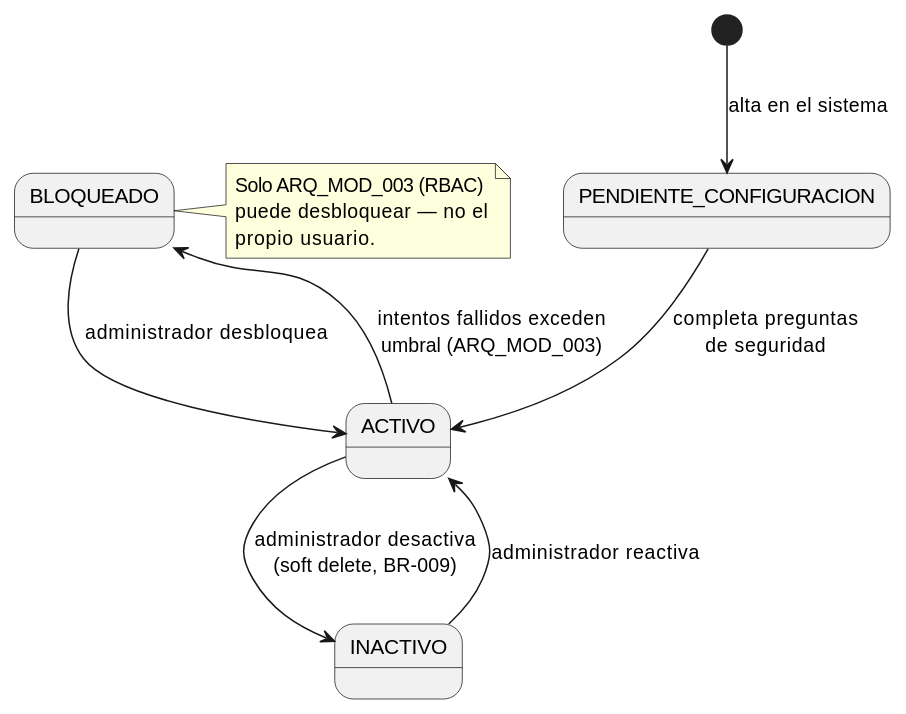
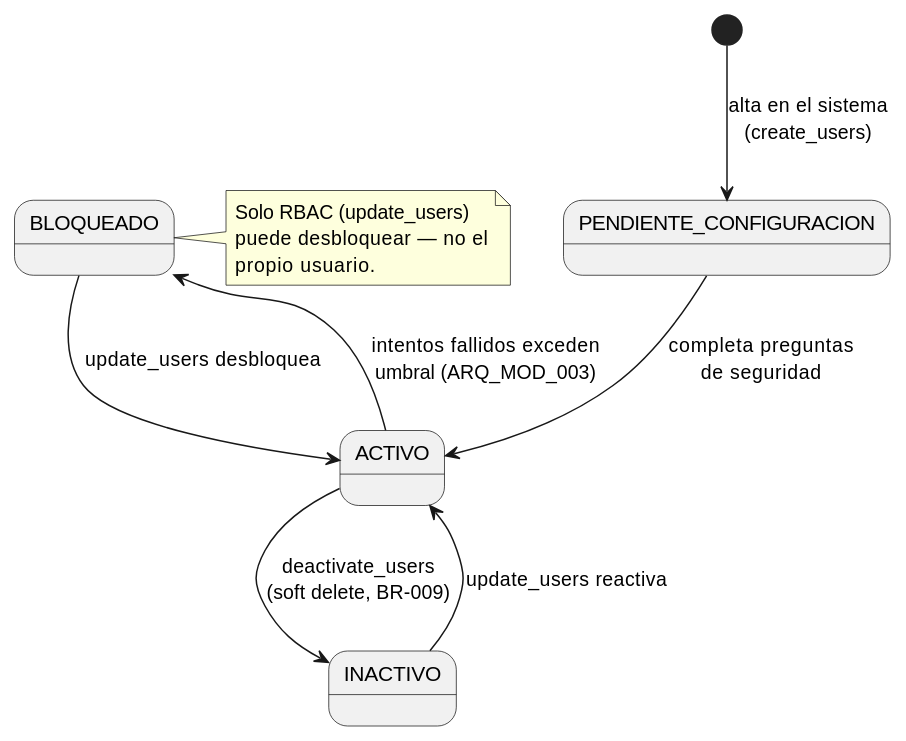
The first of 3 diagrams in source/arquitectura-tecnica/modulos/user-identity/diagramas.rst (jcg-admin/IACT-docs), drawn with PlantUML before and after one commit. The commit also changed other lines of this file and 3 other files, not shown here.

```diff
--- a/source/arquitectura-tecnica/modulos/user-identity/diagramas.rst
+++ b/source/arquitectura-tecnica/modulos/user-identity/diagramas.rst
@@ -11,22 +11,22 @@
 .. uml::
  :caption: Ciclo de vida del usuario — estados y transiciones (BR-009 soft delete).
 
  @startuml
 
- [*] --> PENDIENTE_CONFIGURACION : alta en el sistema
+ [*] --> PENDIENTE_CONFIGURACION : alta en el sistema\n(create_users)
 
  PENDIENTE_CONFIGURACION --> ACTIVO : completa preguntas\nde seguridad
 
- ACTIVO --> INACTIVO : administrador desactiva\n(soft delete, BR-009)
+ ACTIVO --> INACTIVO : deactivate_users\n(soft delete, BR-009)
  ACTIVO --> BLOQUEADO : intentos fallidos exceden\numbral (ARQ_MOD_003)
 
- INACTIVO --> ACTIVO : administrador reactiva
- BLOQUEADO --> ACTIVO : administrador desbloquea
+ INACTIVO --> ACTIVO : update_users reactiva
+ BLOQUEADO --> ACTIVO : update_users desbloquea
 
  note right of BLOQUEADO
-   Solo ARQ_MOD_003 (RBAC)
+   Solo RBAC (update_users)
    puede desbloquear — no el
    propio usuario.
  end note
 
  @enduml
```
